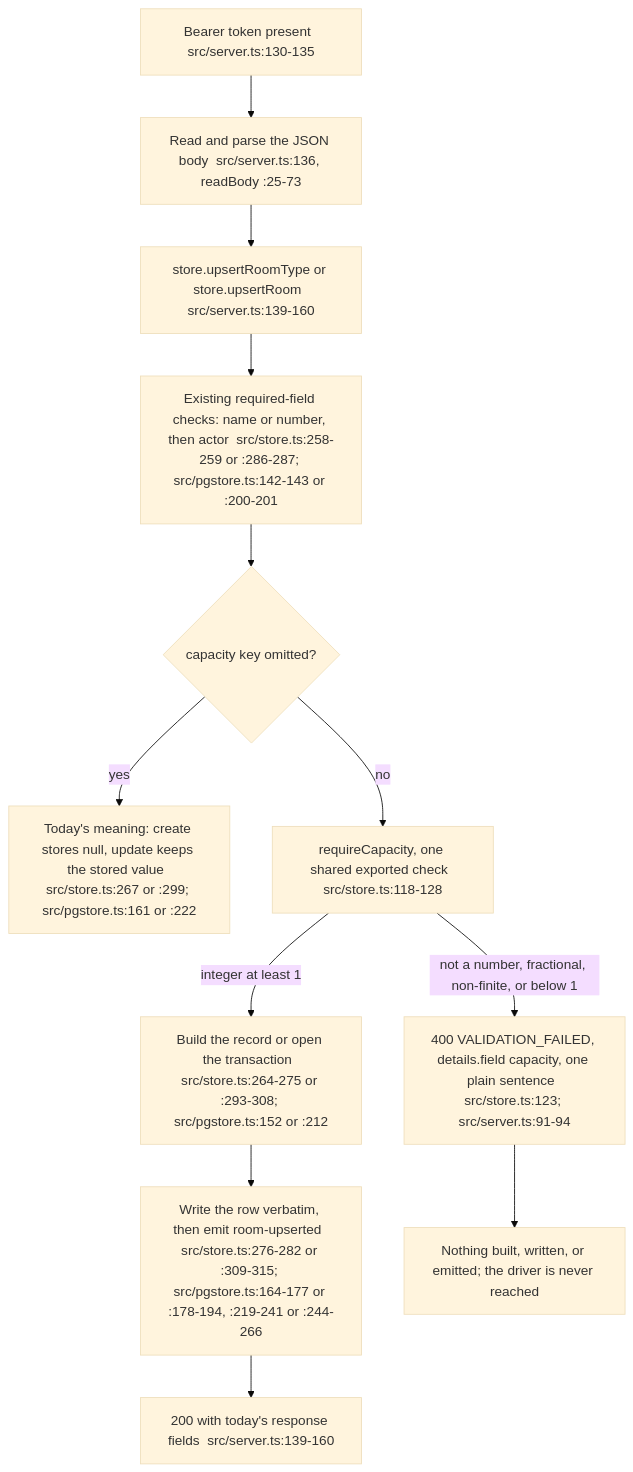
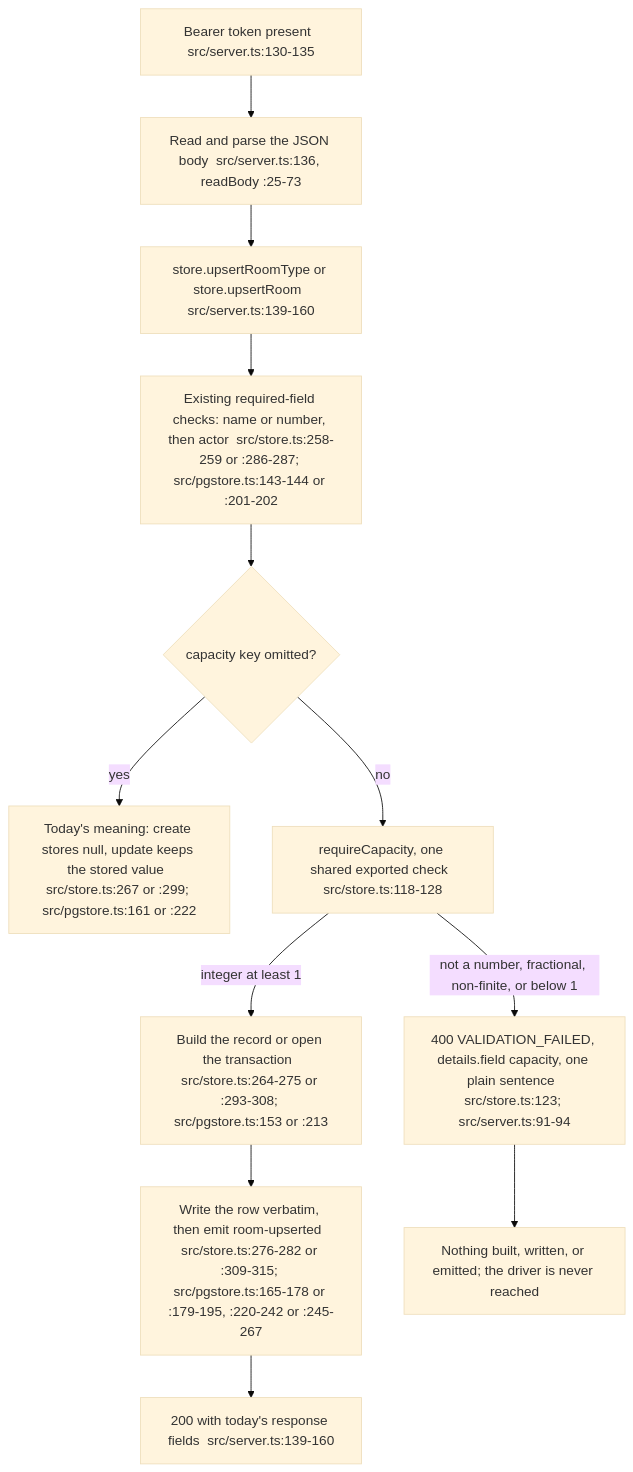
The fifth of 5 diagrams in docs/architecture/services/rooms.md (MingChen1501/hotel-mgmt), drawn with Mermaid (base theme) before and after one commit. The commit also changed other lines of this file, not shown here.

````diff
--- a/docs/architecture/services/rooms.md
+++ b/docs/architecture/services/rooms.md
@@ -318,14 +318,14 @@
 ```mermaid
 flowchart TD
     A[Bearer token present  src/server.ts:130-135] --> B[Read and parse the JSON body  src/server.ts:136, readBody :25-73]
     B --> C[store.upsertRoomType or store.upsertRoom  src/server.ts:139-160]
-    C --> D[Existing required-field checks: name or number, then actor  src/store.ts:258-259 or :286-287; src/pgstore.ts:142-143 or :200-201]
+    C --> D[Existing required-field checks: name or number, then actor  src/store.ts:258-259 or :286-287; src/pgstore.ts:143-144 or :201-202]
     D --> E{capacity key omitted?}
     E -->|yes| F[Today's meaning: create stores null, update keeps the stored value  src/store.ts:267 or :299; src/pgstore.ts:161 or :222]
     E -->|no| G[requireCapacity, one shared exported check  src/store.ts:118-128]
     G -->|not a number, fractional, non-finite, or below 1| R[400 VALIDATION_FAILED, details.field capacity, one plain sentence  src/store.ts:123; src/server.ts:91-94]
-    G -->|integer at least 1| H[Build the record or open the transaction  src/store.ts:264-275 or :293-308; src/pgstore.ts:152 or :212]
-    H --> I[Write the row verbatim, then emit room-upserted  src/store.ts:276-282 or :309-315; src/pgstore.ts:164-177 or :178-194, :219-241 or :244-266]
+    G -->|integer at least 1| H[Build the record or open the transaction  src/store.ts:264-275 or :293-308; src/pgstore.ts:153 or :213]
+    H --> I[Write the row verbatim, then emit room-upserted  src/store.ts:276-282 or :309-315; src/pgstore.ts:165-178 or :179-195, :220-242 or :245-267]
     I --> J[200 with today's response fields  src/server.ts:139-160]
     R --> N[Nothing built, written, or emitted; the driver is never reached]
 ```
````
